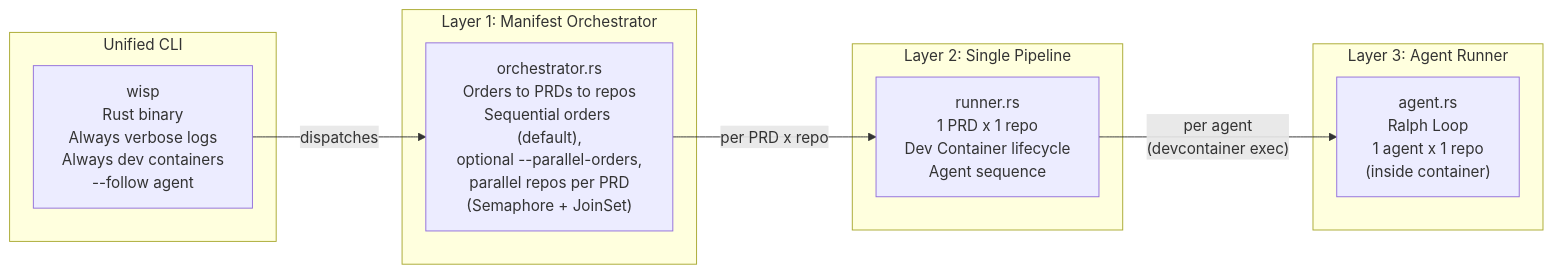
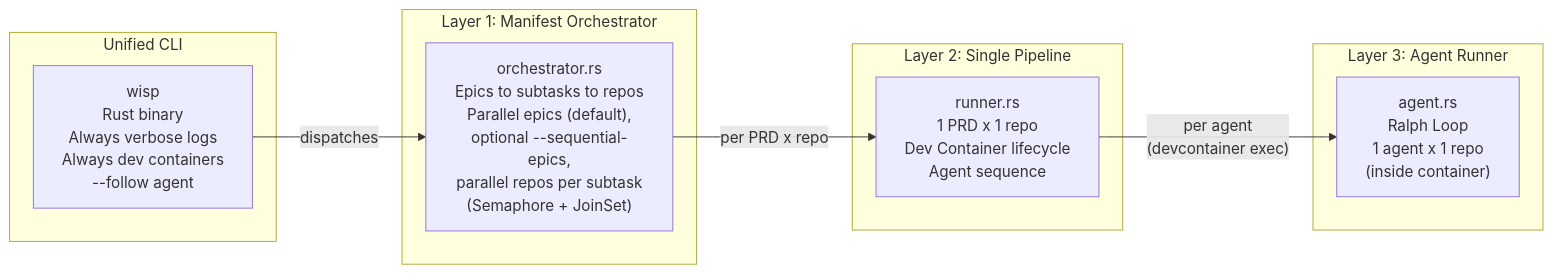
The third of 8 diagrams in docs/pipeline-overview.md (delehner/coding-agents), drawn with Mermaid before and after one commit. The commit also changed other lines of this file and 17 other files, not shown here.

````diff
--- a/docs/pipeline-overview.md
+++ b/docs/pipeline-overview.md
@@ -77,22 +77,22 @@
 ```mermaid
 flowchart LR
     subgraph Layer0["Unified CLI"]
         WISP["wisp\nRust binary\nAlways verbose logs\nAlways dev containers\n--follow agent"]
     end
 
     subgraph Layer1["Layer 1: Manifest Orchestrator"]
-        Orch["orchestrator.rs\nOrders to PRDs to repos\nSequential orders (default),\noptional --parallel-orders,\nparallel repos per PRD\n(Semaphore + JoinSet)"]
+        Orch["orchestrator.rs\nEpics to subtasks to repos\nParallel epics (default),\noptional --sequential-epics,\nparallel repos per subtask\n(Semaphore + JoinSet)"]
     end
 
     subgraph Layer2["Layer 2: Single Pipeline"]
         Run["runner.rs\n1 PRD x 1 repo\nDev Container lifecycle\nAgent sequence"]
     end
 
     subgraph Layer3["Layer 3: Agent Runner"]
         Agent["agent.rs\nRalph Loop\n1 agent x 1 repo\n(inside container)"]
     end
 
     WISP -->|dispatches| Orch
     Orch -->|"per PRD x repo"| Run
     Run -->|"per agent\n(devcontainer exec)"| Agent
 ```
````
